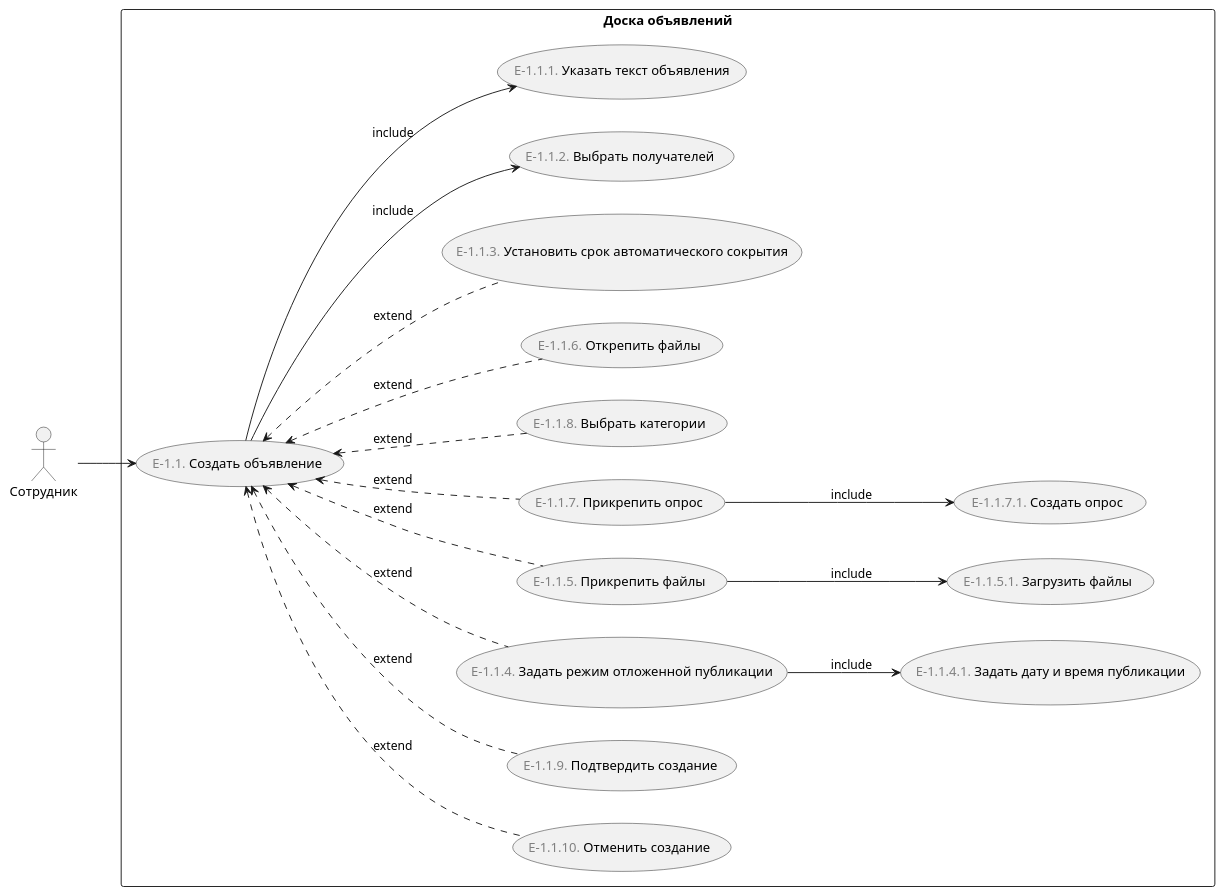
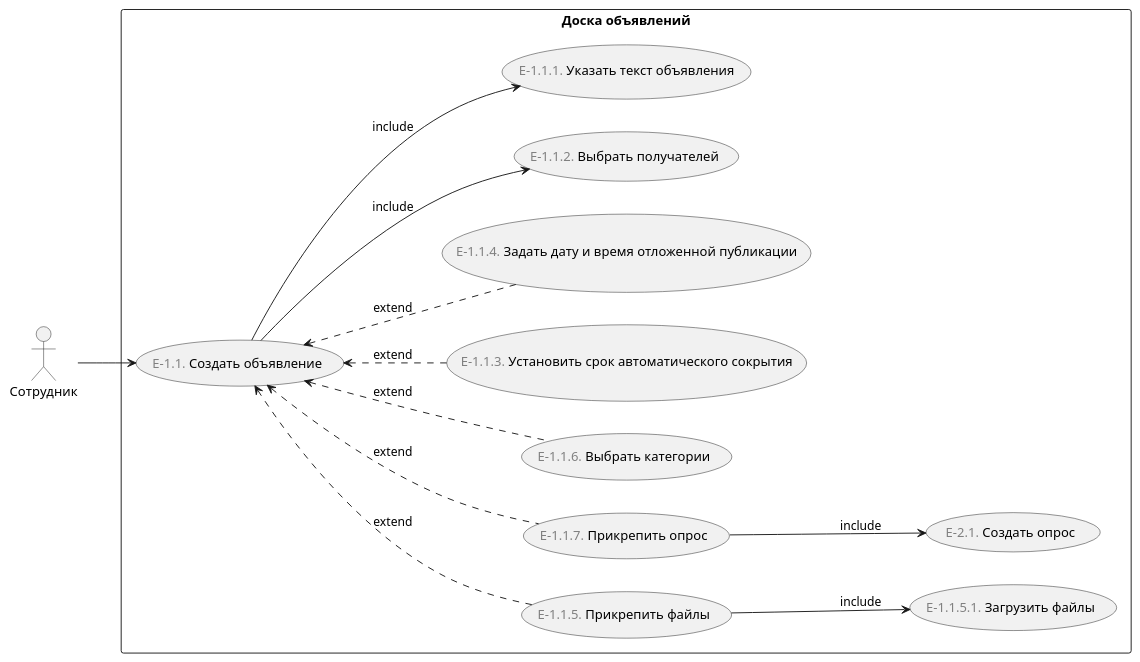
Before and after one commit to astu-app/ASTU-Bulletin-Board-Server: the diagram in doc/диаграммы/варианты-использования/создать-объявления.puml, drawn with PlantUML. The commit also changed 9 other files, not shown here.

```diff
--- a/doc/диаграммы/варианты-использования/создать-объявления.puml
+++ b/doc/диаграммы/варианты-использования/создать-объявления.puml
@@ -1,35 +1,27 @@
 @startuml
 'https://plantuml.com/use-case-diagram
 
 left to right direction
 
 :Сотрудник: as employee
 
 rectangle "Доска объявлений" {
     (<font color="gray">E-1.1.</font> Создать объявление) as create_announcement
-    (<font color="gray">E-1.1.10.</font> Отменить создание) as cancel_creation
-    (<font color="gray">E-1.1.9.</font> Подтвердить создание) as submit_creation
-    (<font color="gray">E-1.1.4.</font> Задать режим отложенной публикации) as make_delayed
     (<font color="gray">E-1.1.5.</font> Прикрепить файлы) as add_files
     (<font color="gray">E-1.1.7.</font> Прикрепить опрос) as add_survey
-    (<font color="gray">E-1.1.8.</font> Выбрать категории) as select_categories
+    (<font color="gray">E-1.1.6.</font> Выбрать категории) as select_categories
 
     employee --> create_announcement
      
     create_announcement <.. add_files : extend
     create_announcement <.. add_survey : extend
-    create_announcement <.. (<font color="gray">E-1.1.6.</font> Открепить файлы) : extend
     create_announcement <.. (<font color="gray">E-1.1.3.</font> Установить срок автоматического сокрытия) : extend
-    create_announcement <.. make_delayed : extend
+    create_announcement <.. (<font color="gray">E-1.1.4.</font> Задать дату и время отложенной публикации) : extend
     create_announcement <.. select_categories : extend
     create_announcement --> (<font color="gray">E-1.1.2.</font> Выбрать получателей) : include
     create_announcement --> (<font color="gray">E-1.1.1.</font> Указать текст объявления) : include
-    create_announcement <.. submit_creation : extend
-    create_announcement <.. cancel_creation : extend
     
     add_files --> (<font color="gray">E-1.1.5.1.</font> Загрузить файлы) : include
-    add_survey --> (<font color="gray">E-1.1.7.1.</font> Создать опрос) : include
-    
-    make_delayed --> (<font color="gray">E-1.1.4.1.</font> Задать дату и время публикации) : include
+    add_survey --> (<font color="gray">E-2.1.</font> Создать опрос) : include
 }
 @enduml
```
